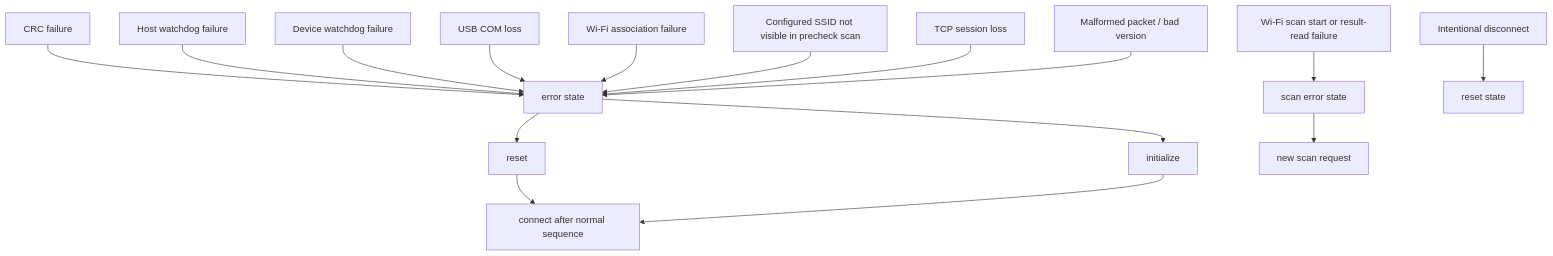
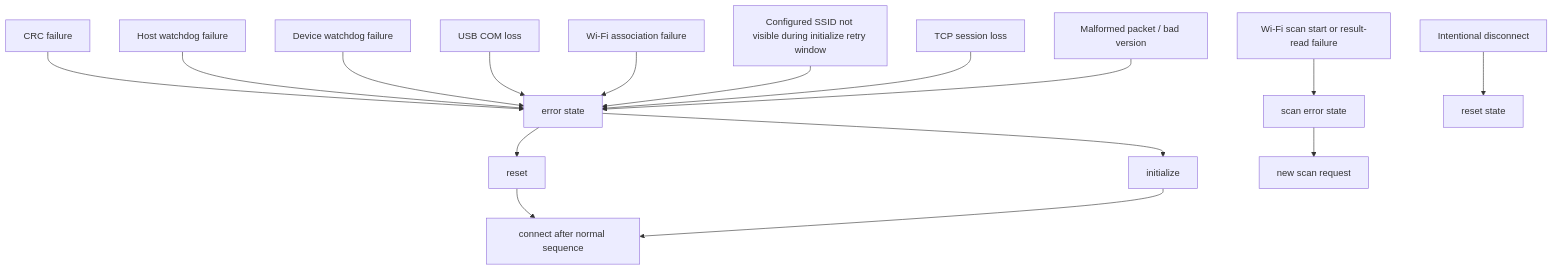
Before and after one commit to eyalglotman-collab/Gaggia_Client-ESP32-S3-Touch-LCD-4.3B-BOX: the diagram in docs/architecture/failure_modes.mmd, drawn with Mermaid. The commit also changed 20 other files, not shown here.

```diff
--- a/docs/architecture/failure_modes.mmd
+++ b/docs/architecture/failure_modes.mmd
@@ -1,17 +1,17 @@
 flowchart TD
     CRC["CRC failure"] --> ERR["error state"]
     HOST["Host watchdog failure"] --> ERR
     DEV["Device watchdog failure"] --> ERR
     USB["USB COM loss"] --> ERR
     WIFI["Wi-Fi association failure"] --> ERR
-    SSID["Configured SSID not visible in precheck scan"] --> ERR
+    SSID["Configured SSID not visible during initialize retry window"] --> ERR
     TCP["TCP session loss"] --> ERR
     SCAN["Wi-Fi scan start or result-read failure"] --> SERR["scan error state"]
     MAL["Malformed packet / bad version"] --> ERR
     DISC["Intentional disconnect"] --> RESET["reset state"]
 
     ERR --> HARD["reset"]
     ERR --> SOFT["initialize"]
     SERR --> RETRY["new scan request"]
     HARD --> CONN["connect after normal sequence"]
     SOFT --> CONN
```
